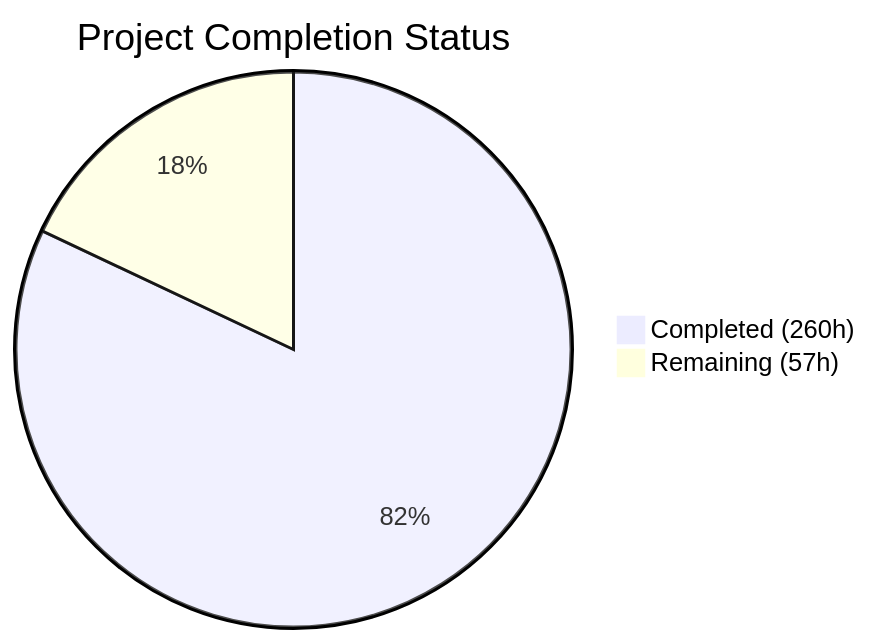
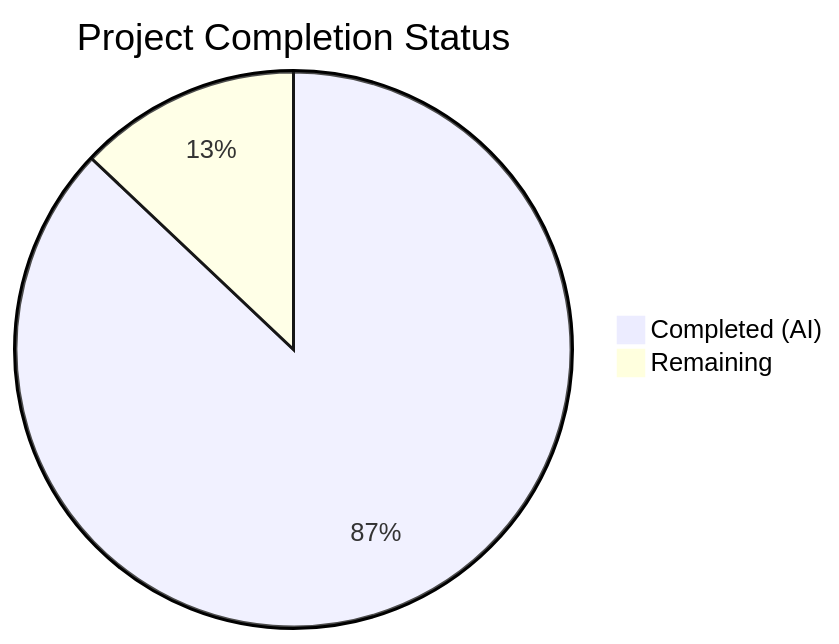
Before and after one commit to Blitzy-Sandbox/blitzy-wordpress: the first of 2 diagrams in blitzy/documentation/Project Guide.md, drawn with Mermaid. The commit also changed other lines of this file, not shown here.

Commit message:
Adding Blitzy Project Guide: Project Status and Human Tasks Remaining

````diff
--- a/blitzy/documentation/Project Guide.md
+++ b/blitzy/documentation/Project Guide.md
@@ -15,5 +15,5 @@
 ```mermaid
 pie title Project Completion Status
-    "Completed (260h)" : 260
-    "Remaining (57h)" : 57
+    "Completed (AI)" : 296
+    "Remaining" : 44
 ```
````
